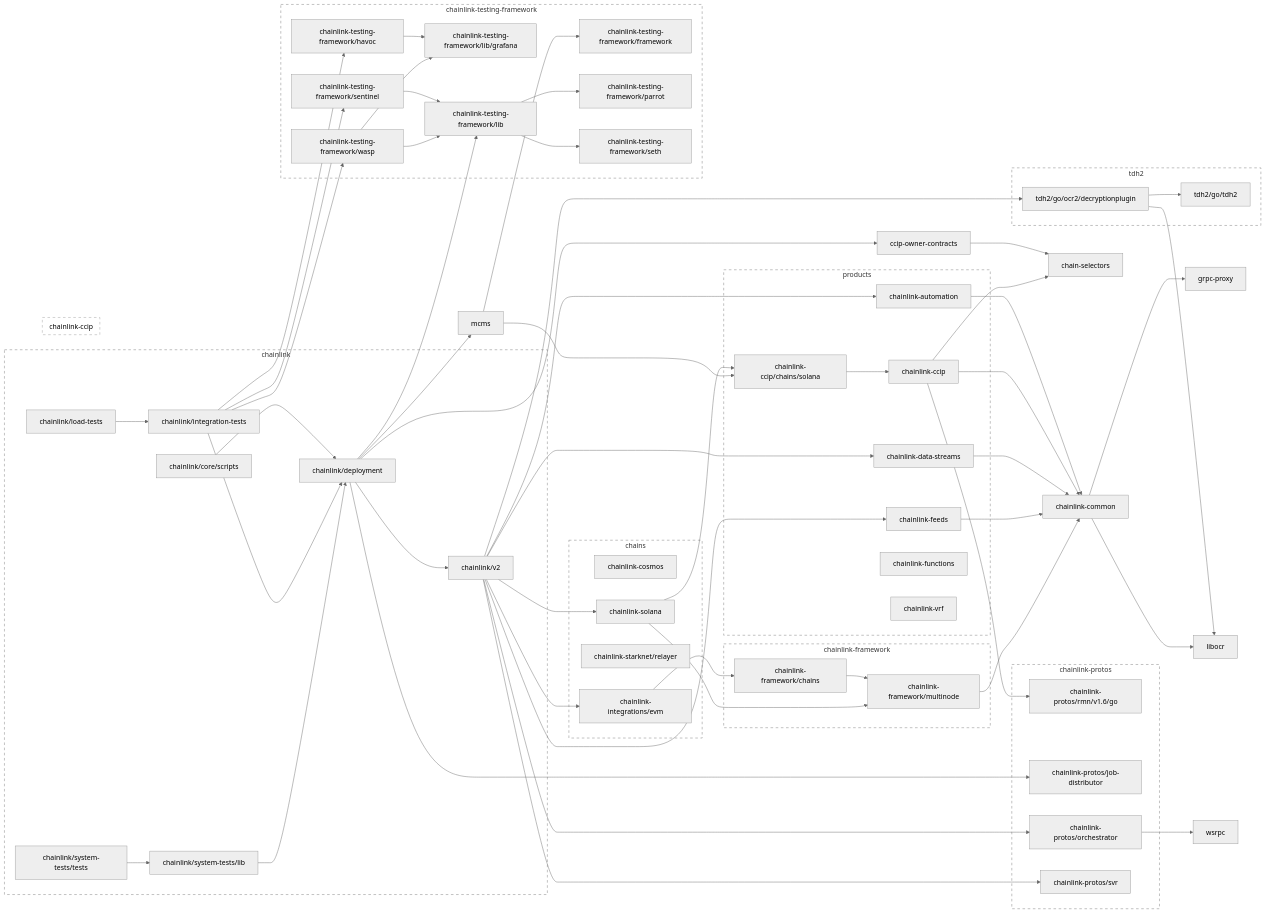
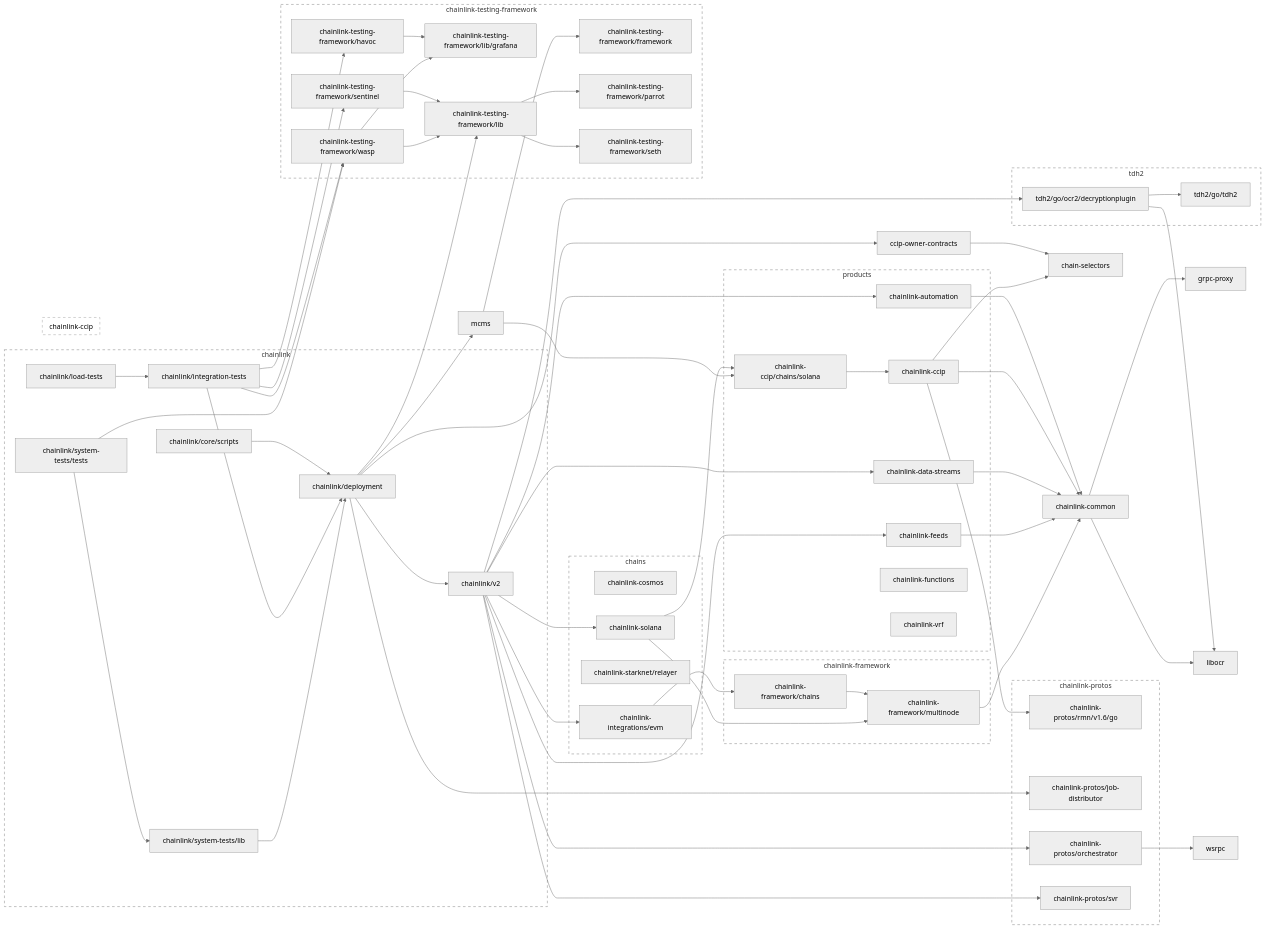
One commit to smartcontractkit/chainlink changed the second of 2 diagrams in go.md. Above: the diagram before and after it, drawn with Mermaid (neutral theme). The commit also changed 1 other file, not shown here.

```diff
--- a/go.md
+++ b/go.md
@@ -197,6 +197,7 @@
 	click chainlink/load-tests href "https://github.com/smartcontractkit/chainlink"
 	chainlink/system-tests/lib --> chainlink/deployment
 	click chainlink/system-tests/lib href "https://github.com/smartcontractkit/chainlink"
+	chainlink/system-tests/tests --> chainlink-testing-framework/wasp
 	chainlink/system-tests/tests --> chainlink/system-tests/lib
 	click chainlink/system-tests/tests href "https://github.com/smartcontractkit/chainlink"
 	chainlink/v2 --> chainlink-automation
```
